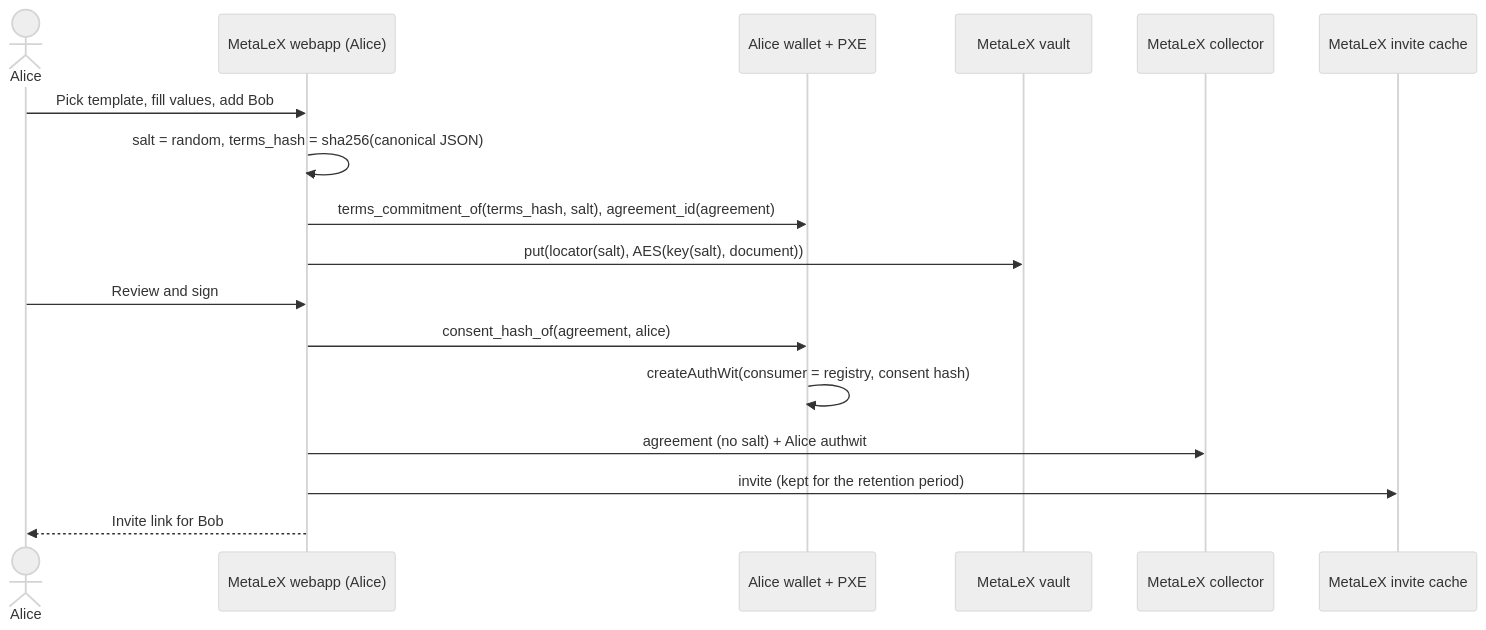
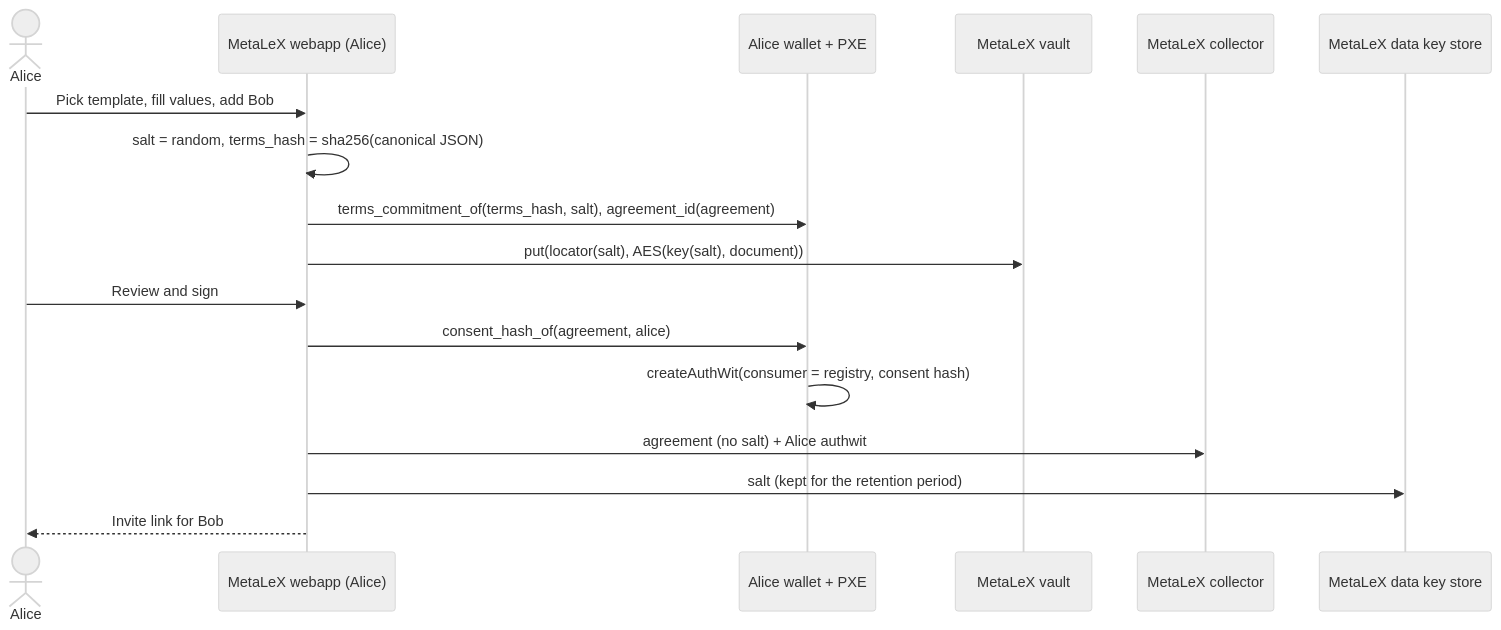
Before and after one commit to MetaLex-Tech/cybercorps-contracts: the first of 3 diagrams in aztec/USER-FLOWS.md, drawn with Mermaid (neutral theme). The commit also changed other lines of this file and 2 other files, not shown here.

Commit message:
chore: compare evm-encrytped-values, evm-hashed-values, proposed-aztec webapp architectures

````diff
--- a/aztec/USER-FLOWS.md
+++ b/aztec/USER-FLOWS.md
@@ -20,20 +20,20 @@
 ```mermaid
 sequenceDiagram
   actor Alice
   participant App as MetaLeX webapp (Alice)
   participant PXE as Alice wallet + PXE
   participant Vault as MetaLeX vault
   participant Collector as MetaLeX collector
-  participant Cache as MetaLeX invite cache
+  participant Cache as MetaLeX data key store
 
   Alice->>App: Pick template, fill values, add Bob
   App->>App: salt = random, terms_hash = sha256(canonical JSON)
   App->>PXE: terms_commitment_of(terms_hash, salt), agreement_id(agreement)
   App->>Vault: put(locator(salt), AES(key(salt), document))
   Alice->>App: Review and sign
   App->>PXE: consent_hash_of(agreement, alice)
   PXE->>PXE: createAuthWit(consumer = registry, consent hash)
   App->>Collector: agreement (no salt) + Alice authwit
-  App->>Cache: invite (kept for the retention period)
+  App->>Cache: salt (kept for the retention period)
   App-->>Alice: Invite link for Bob
 ```
````
